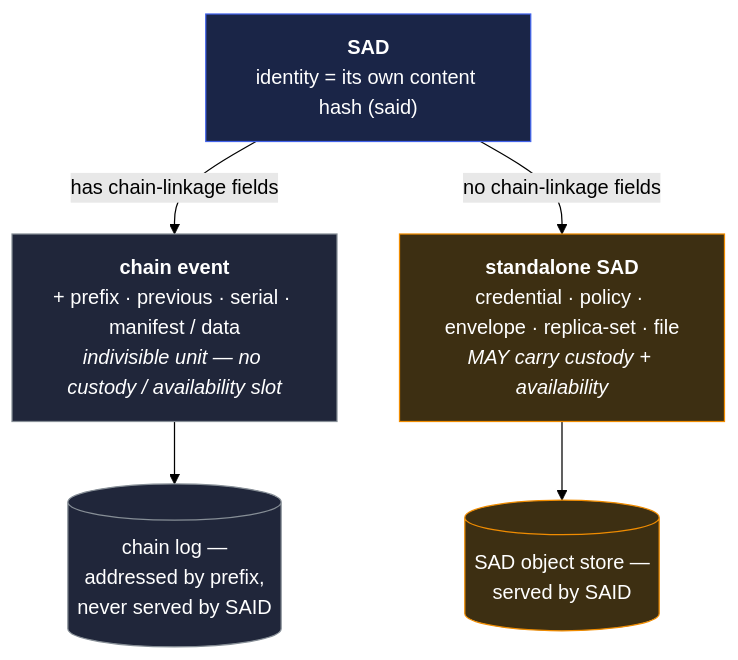
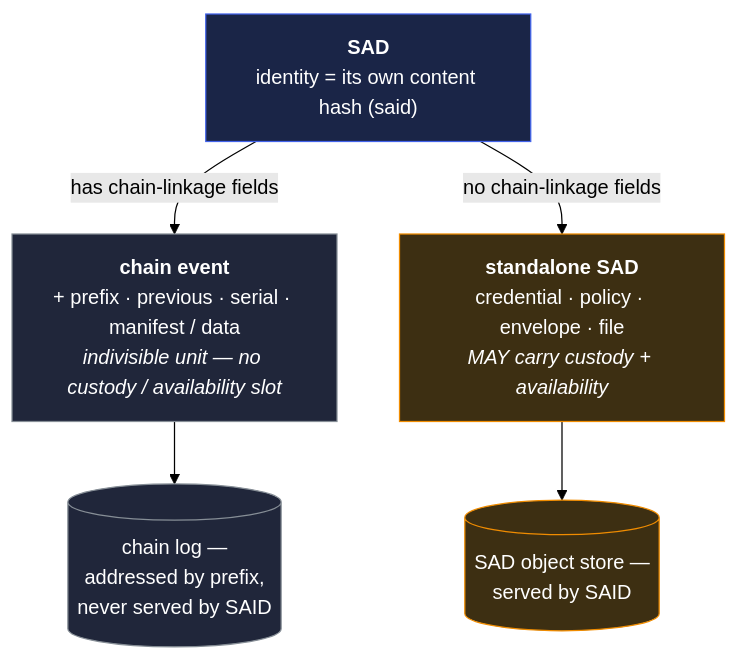
Before and after one commit to jasoncolburne/vdti: the first of 2 diagrams in docs/design/primitives/data/sad/sad.md, drawn with Mermaid (forest theme). The commit also changed other lines of this file and 19 other files, not shown here.

````diff
--- a/docs/design/primitives/data/sad/sad.md
+++ b/docs/design/primitives/data/sad/sad.md
@@ -38,11 +38,11 @@
 ```mermaid
 flowchart TD
   sad["<b>SAD</b><br/>identity = its own content hash (said)"]:::start
   sad -->|"has chain-linkage fields"| ce["<b>chain event</b><br/>+ prefix · previous · serial · manifest / data<br/><i>indivisible unit — no custody / availability slot</i>"]:::q
-  sad -->|"no chain-linkage fields"| st["<b>standalone SAD</b><br/>credential · policy · envelope · replica-set · file<br/><i>MAY carry custody + availability</i>"]:::doc
+  sad -->|"no chain-linkage fields"| st["<b>standalone SAD</b><br/>credential · policy · envelope · file<br/><i>MAY carry custody + availability</i>"]:::doc
   ce --> ceS[("chain log —<br/>addressed by prefix,<br/>never served by SAID")]:::q
   st --> stS[("SAD object store —<br/>served by SAID")]:::doc
   classDef start fill:#1a2547,stroke:#4263eb,color:#fff
   classDef q fill:#20263a,stroke:#868e96,color:#fff
   classDef doc fill:#3d2f12,stroke:#f08c00,color:#fff
 ```
````
